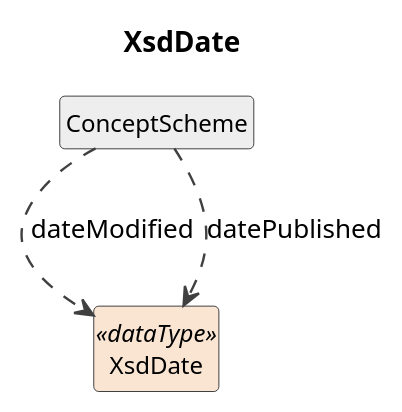
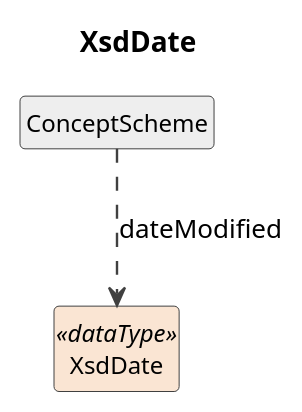
Before and after one commit to Cross-Domain-Interoperability-Framework/metadataBuildingBlocks: the diagram in cdif-uml-model/CDIFCodelist/DataTypes/XsdDate.pu, drawn with PlantUML. The commit also changed 156 other files, not shown here.

First line of the commit message:
cdif-uml-model: regenerated CDIFCodelist (schema-aligned attributes)

```diff
--- a/cdif-uml-model/CDIFCodelist/DataTypes/XsdDate.pu
+++ b/cdif-uml-model/CDIFCodelist/DataTypes/XsdDate.pu
@@ -1,18 +1,17 @@
 @startuml
 title XsdDate
 hide circle
 hide empty members
 skinparam shadowing false
 skinparam ArrowThickness 1.2
 skinparam class {
   ArrowColor #404040
   BorderColor #404040
   FontSize 12
 }
 
 class "XsdDate" as XsdDate <<dataType>> #FAE5D3
 class "ConceptScheme" as ConceptScheme #EEEEEE
 ConceptScheme ..> XsdDate : dateModified
-ConceptScheme ..> XsdDate : datePublished
 
 @enduml
```
